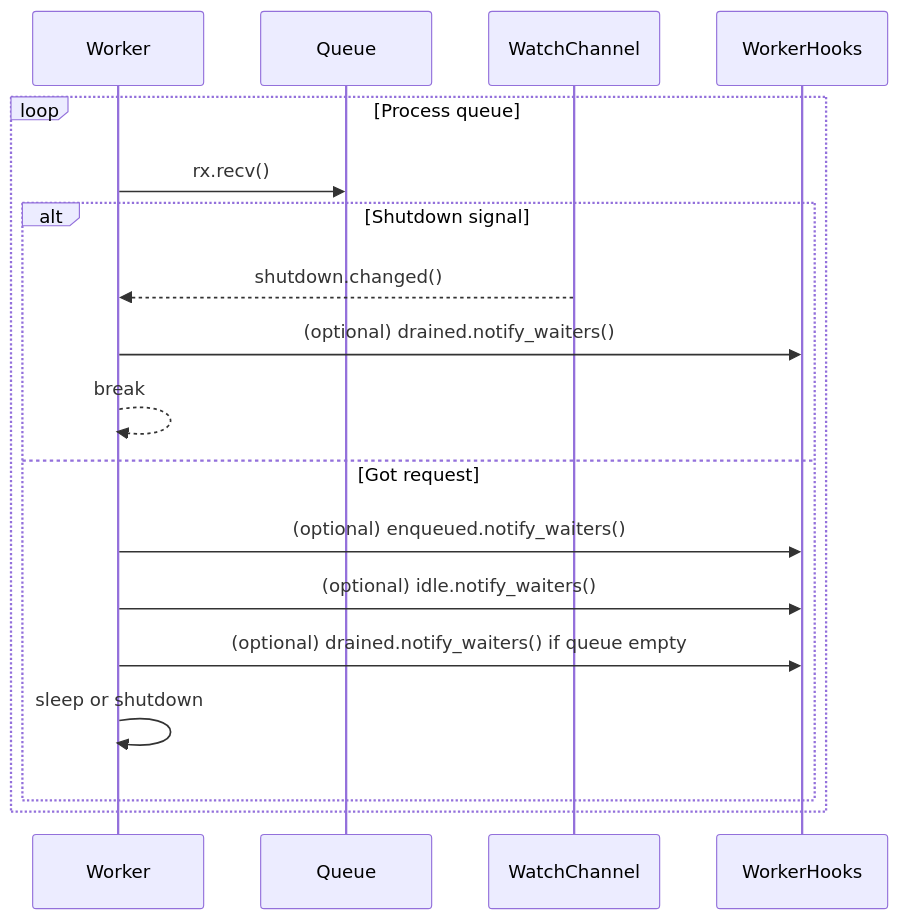
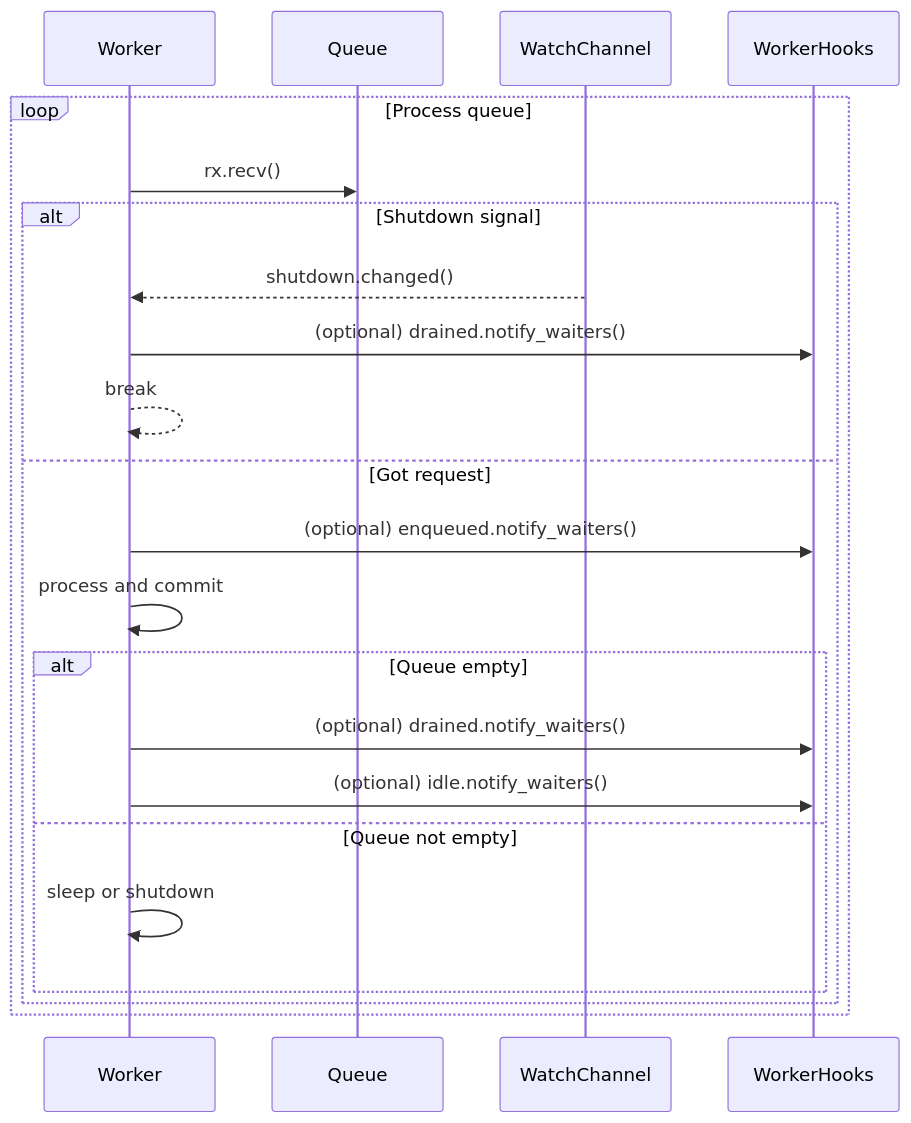
Before and after one commit to leynos/comenq: the diagram in docs/comenq-design.md, drawn with Mermaid. The commit also changed other lines of this file, not shown here.

Commit message:
Link worker docs to source

````diff
--- a/docs/comenq-design.md
+++ b/docs/comenq-design.md
@@ -908,20 +909,24 @@
 ```mermaid
 sequenceDiagram
     participant Worker
     participant Queue
     participant WatchChannel
     participant WorkerHooks
     loop Process queue
         Worker->>Queue: rx.recv()
         alt Shutdown signal
             WatchChannel-->>Worker: shutdown.changed()
             Worker->>WorkerHooks: (optional) drained.notify_waiters()
             Worker-->>Worker: break
         else Got request
             Worker->>WorkerHooks: (optional) enqueued.notify_waiters()
-            Worker->>WorkerHooks: (optional) idle.notify_waiters()
-            Worker->>WorkerHooks: (optional) drained.notify_waiters() if queue empty
-            Worker->>Worker: sleep or shutdown
+            Worker->>Worker: process and commit
+            alt Queue empty
+                Worker->>WorkerHooks: (optional) drained.notify_waiters()
+                Worker->>WorkerHooks: (optional) idle.notify_waiters()
+            else Queue not empty
+                Worker->>Worker: sleep or shutdown
+            end
         end
     end
 ```
````
